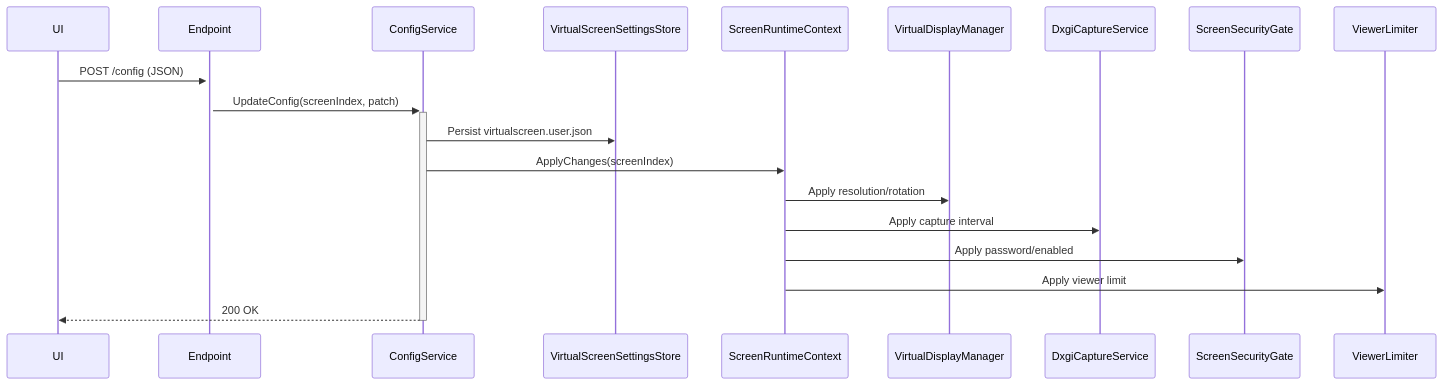
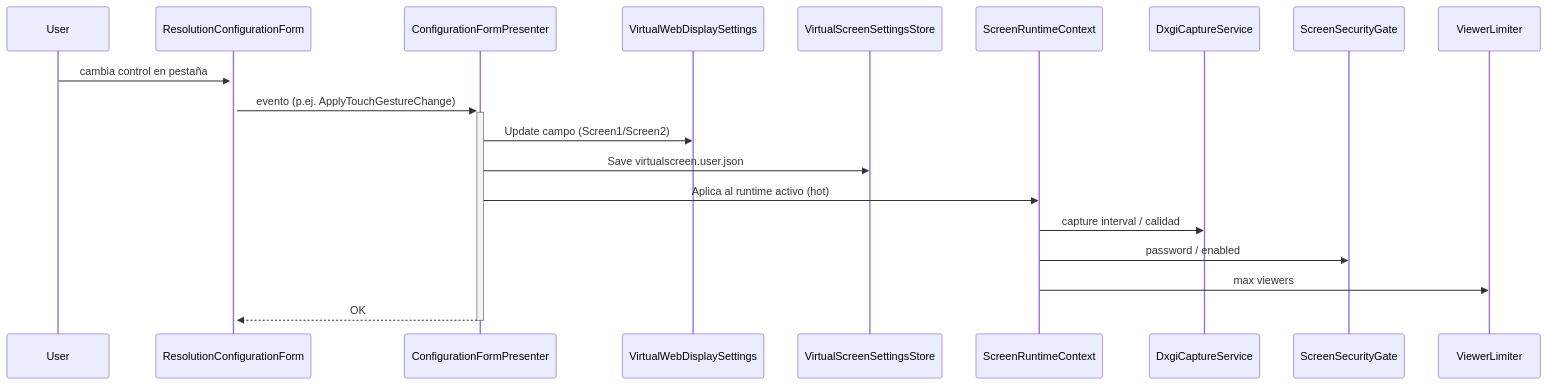
One commit to quiro90/VirtualWebDisplay changed the diagram in VirtualWebDisplay/Flujos/Cambio de Configuración en Runtime.md. Above: the diagram before and after it, drawn with Mermaid. The commit also changed other lines of this file and 24 other files, not shown here.

Commit message:
documentacion virtual web

````diff
--- a/VirtualWebDisplay/Flujos/Cambio de Configuración en Runtime.md
+++ b/VirtualWebDisplay/Flujos/Cambio de Configuración en Runtime.md
@@ -14,12 +17,12 @@
 ```mermaid
 sequenceDiagram
-    UI->>+Endpoint: POST /config (JSON)
-    Endpoint->>+ConfigService: UpdateConfig(screenIndex, patch)
-    ConfigService->>VirtualScreenSettingsStore: Persist virtualscreen.user.json
-    ConfigService->>ScreenRuntimeContext: ApplyChanges(screenIndex)
-    ScreenRuntimeContext->>VirtualDisplayManager: Apply resolution/rotation
-    ScreenRuntimeContext->>DxgiCaptureService: Apply capture interval
-    ScreenRuntimeContext->>ScreenSecurityGate: Apply password/enabled
-    ScreenRuntimeContext->>ViewerLimiter: Apply viewer limit
-    ConfigService-->>-UI: 200 OK
+    User->>+ResolutionConfigurationForm: cambia control en pestaña
+    ResolutionConfigurationForm->>+ConfigurationFormPresenter: evento (p.ej. ApplyTouchGestureChange)
+    ConfigurationFormPresenter->>VirtualWebDisplaySettings: Update campo (Screen1/Screen2)
+    ConfigurationFormPresenter->>VirtualScreenSettingsStore: Save virtualscreen.user.json
+    ConfigurationFormPresenter->>ScreenRuntimeContext: Aplica al runtime activo (hot)
+    ScreenRuntimeContext->>DxgiCaptureService: capture interval / calidad
+    ScreenRuntimeContext->>ScreenSecurityGate: password / enabled
+    ScreenRuntimeContext->>ViewerLimiter: max viewers
+    ConfigurationFormPresenter-->>-ResolutionConfigurationForm: OK
 ```
````
